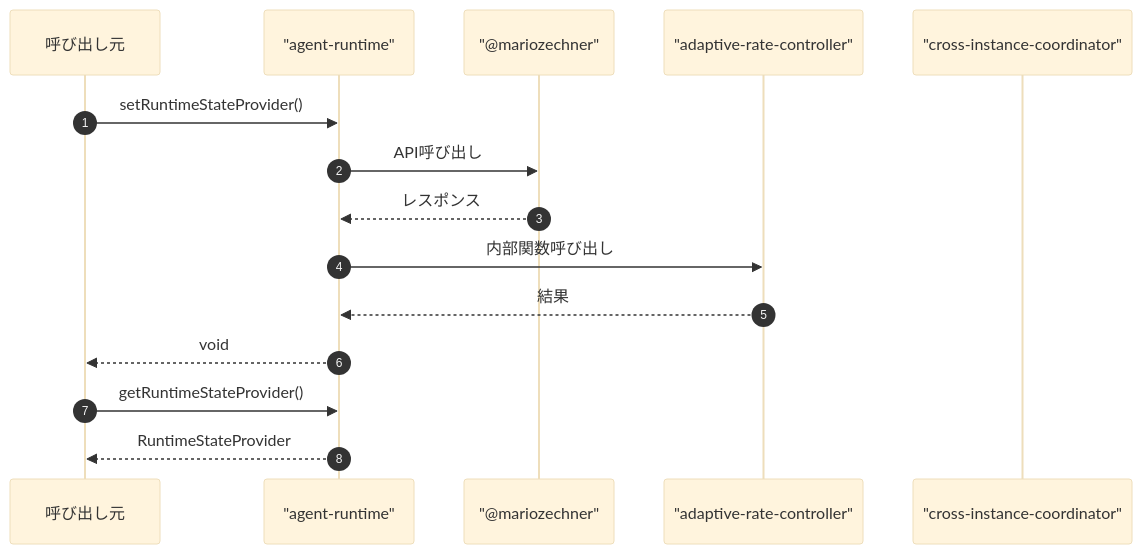
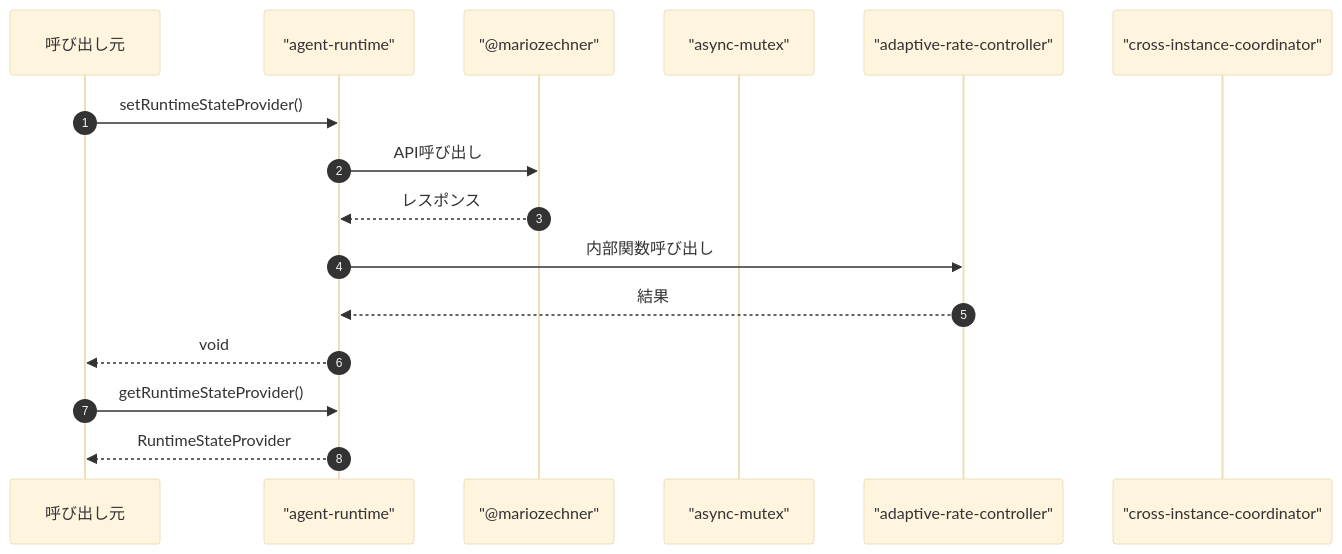
One commit to Mekann2904/mekann changed the fourth of 4 diagrams in ABDD/.pi/extensions/agent-runtime.md. Above: the diagram before and after it, drawn with Mermaid (base theme). The commit also changed other lines of this file and 189 other files, not shown here.

````diff
--- a/ABDD/.pi/extensions/agent-runtime.md
+++ b/ABDD/.pi/extensions/agent-runtime.md
@@ -154,19 +159,20 @@
 ```mermaid
 sequenceDiagram
   autonumber
   participant Caller as 呼び出し元
   participant agent_runtime as "agent-runtime"
   participant mariozechner as "@mariozechner"
+  participant async_mutex as "async-mutex"
   participant adaptive_rate_controller as "adaptive-rate-controller"
   participant cross_instance_coordinator as "cross-instance-coordinator"
 
   Caller->>agent_runtime: setRuntimeStateProvider()
   agent_runtime->>mariozechner: API呼び出し
   mariozechner-->>agent_runtime: レスポンス
   agent_runtime->>adaptive_rate_controller: 内部関数呼び出し
   adaptive_rate_controller-->>agent_runtime: 結果
   agent_runtime-->>Caller: void
 
   Caller->>agent_runtime: getRuntimeStateProvider()
   agent_runtime-->>Caller: RuntimeStateProvider
 ```
````
